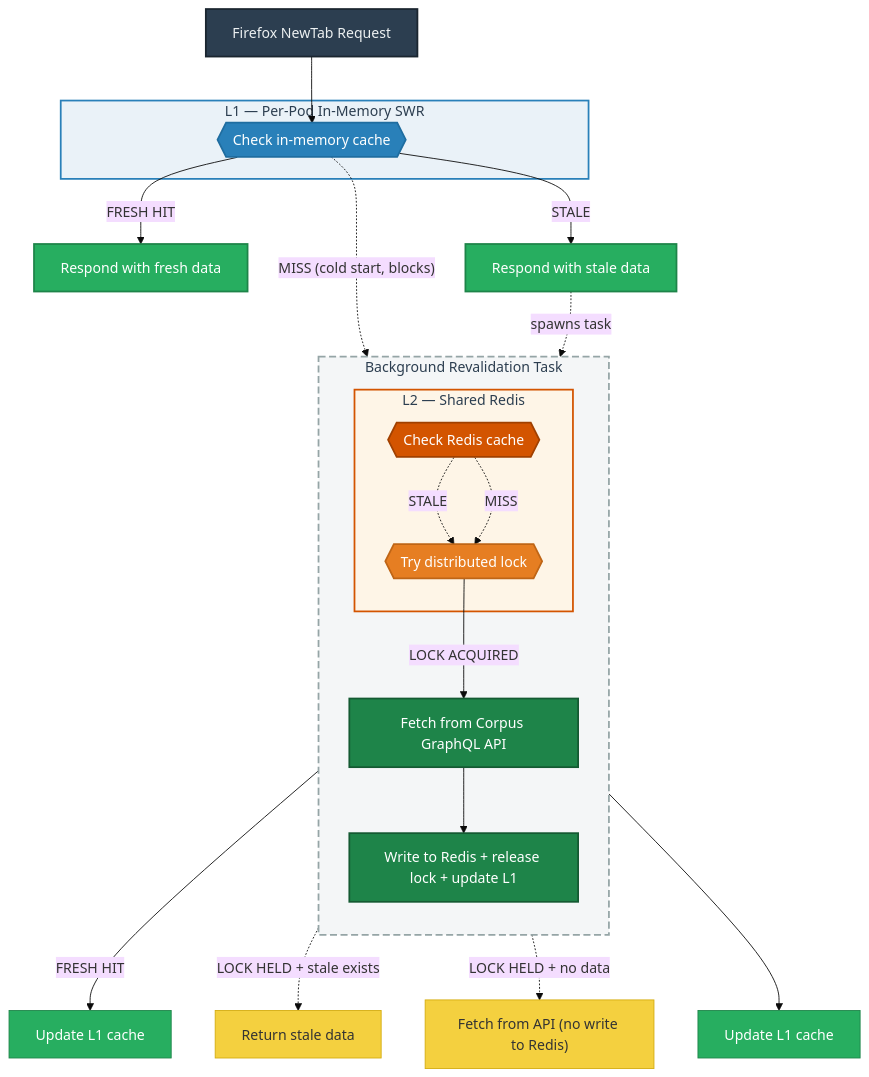
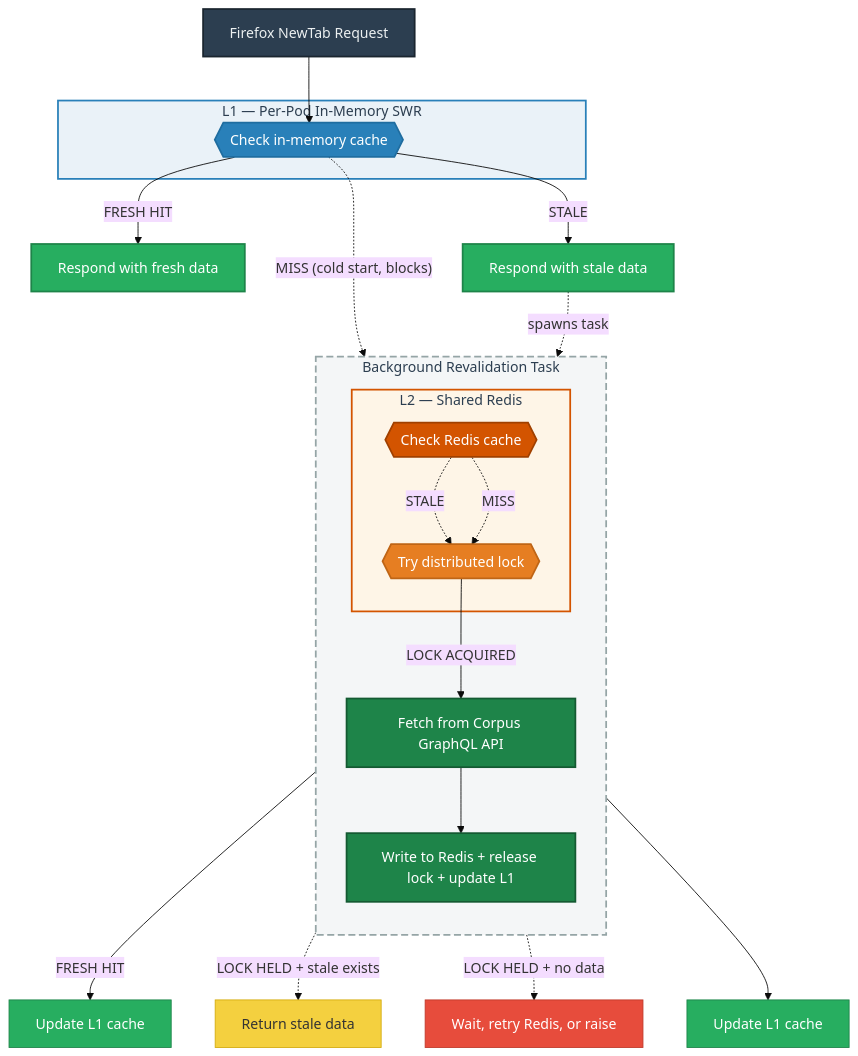
One commit to mozilla-services/merino-py changed the diagram in docs/operations/curated-recommendations/corpus-cache.md. Above: the diagram before and after it, drawn with Mermaid (base theme). The commit also changed 2 other files, not shown here.

Commit message:
Change cold-cache miss behavior: retry Redis instead of fetching direct
On cache miss when the lock is held by another pod, instead of calling
the Corpus API directly (which defeats cross-pod coalescing), wait 0.1s
and retry Redis. If the lock winner has written data, return it. If not,
raise BackendError — the L1 SWR layer will handle the error and retry
on the next request.

````diff
--- a/docs/operations/curated-recommendations/corpus-cache.md
+++ b/docs/operations/curated-recommendations/corpus-cache.md
@@ -11,57 +11,57 @@
 ```mermaid
 flowchart TB
     req["Firefox NewTab Request"]
 
     subgraph L1 ["L1 — Per-Pod In-Memory SWR"]
         check_l1{{"Check in-memory cache"}}
     end
 
     respond_fresh["Respond with fresh data"]
     respond_stale["Respond with stale data"]
 
     subgraph bg ["Background Revalidation Task"]
         direction TB
 
         subgraph L2 ["L2 — Shared Redis"]
             check_l2{{"Check Redis cache"}}
             acquire_lock{{"Try distributed lock"}}
         end
 
         api["Fetch from Corpus GraphQL API"]
         write["Write to Redis + release lock + update L1"]
     end
 
     req --> check_l1
 
     check_l1 -- "FRESH HIT" --> respond_fresh
     check_l1 -- "STALE" --> respond_stale
     check_l1 -. "MISS (cold start, blocks)" .-> check_l2
 
     respond_stale -. "spawns task" .-> check_l2
 
     check_l2 -- "FRESH HIT" --> done_l2["Update L1 cache"]
     check_l2 -. "STALE" .-> acquire_lock
     check_l2 -. "MISS" .-> acquire_lock
 
     acquire_lock -- "LOCK ACQUIRED" --> api
     acquire_lock -. "LOCK HELD + stale exists" .-> serve_stale["Return stale data"]
-    acquire_lock -. "LOCK HELD + no data" .-> fetch_direct["Fetch from API (no write to Redis)"]
+    acquire_lock -. "LOCK HELD + no data" .-> retry["Wait, retry Redis, or raise"]
 
     api --> write --> done_api["Update L1 cache"]
 
     style req fill:#2c3e50,stroke:#1a252f,color:#ecf0f1,stroke-width:2px
     style check_l1 fill:#2980b9,stroke:#1f6da0,color:#fff,stroke-width:2px
     style check_l2 fill:#d35400,stroke:#a04000,color:#fff,stroke-width:2px
     style acquire_lock fill:#e67e22,stroke:#bf6516,color:#fff,stroke-width:2px
     style api fill:#1e8449,stroke:#145a32,color:#fff,stroke-width:2px
     style write fill:#1e8449,stroke:#145a32,color:#fff,stroke-width:2px
     style respond_fresh fill:#27ae60,stroke:#1e8449,color:#fff,stroke-width:2px
     style respond_stale fill:#27ae60,stroke:#1e8449,color:#fff,stroke-width:2px
     style serve_stale fill:#f4d03f,stroke:#d4ac0f,color:#333
-    style fetch_direct fill:#f4d03f,stroke:#d4ac0f,color:#333
+    style retry fill:#e74c3c,stroke:#c0392b,color:#fff
     style done_l2 fill:#27ae60,stroke:#1e8449,color:#fff
     style done_api fill:#27ae60,stroke:#1e8449,color:#fff
     style L1 fill:#eaf2f8,stroke:#2980b9,stroke-width:2px,color:#2c3e50
     style L2 fill:#fef5e7,stroke:#d35400,stroke-width:2px,color:#2c3e50
     style bg fill:#f4f6f7,stroke:#95a5a6,stroke-width:2px,stroke-dasharray: 8 4,color:#2c3e50
 ```
````
